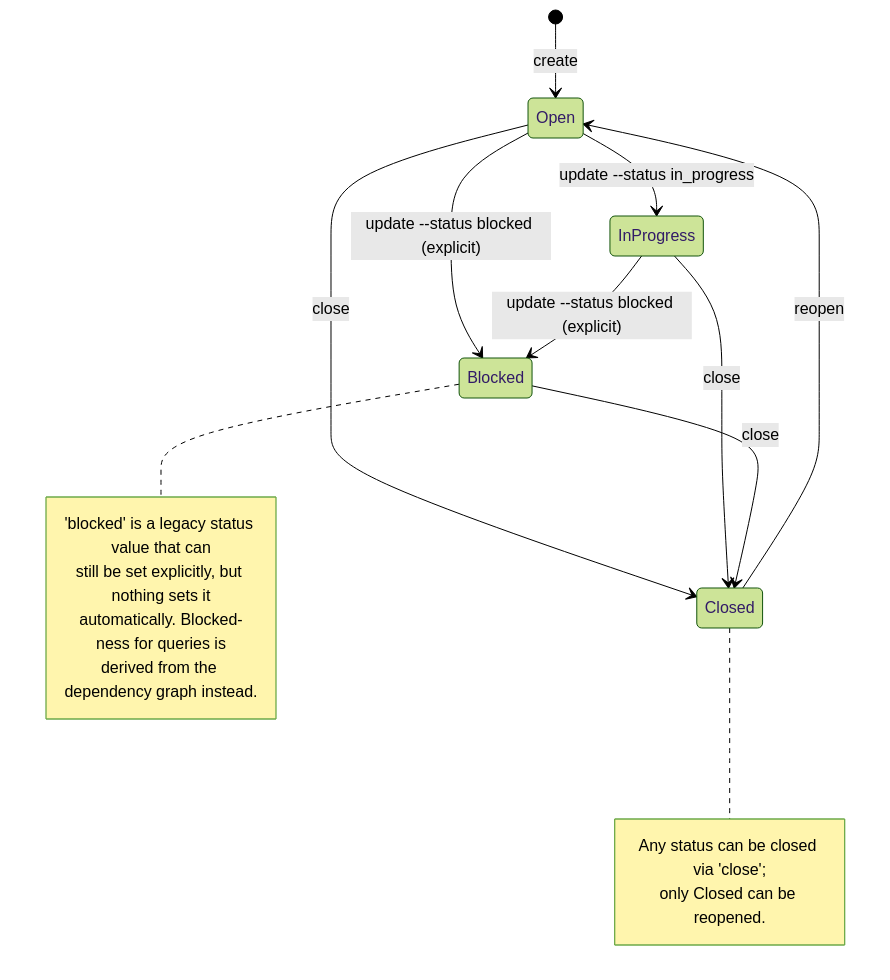
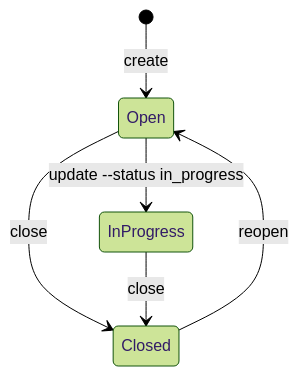
One commit to dwalleck/rivets changed diagram 11 of 12 in docs/data-flow.md. Above: the diagram before and after it, drawn with Mermaid (forest theme). The commit also changed other lines of this file and 26 other files, not shown here.

````diff
--- a/docs/data-flow.md
+++ b/docs/data-flow.md
@@ -435,23 +417,8 @@
 ```mermaid
 stateDiagram-v2
     [*] --> Open: create
     Open --> InProgress: update --status in_progress
-    Open --> Blocked: update --status blocked (explicit)
-    InProgress --> Blocked: update --status blocked (explicit)
     Open --> Closed: close
     InProgress --> Closed: close
-    Blocked --> Closed: close
     Closed --> Open: reopen
-
-    note right of Blocked
-        'blocked' is a legacy status value that can
-        still be set explicitly, but nothing sets it
-        automatically. Blocked-ness for queries is
-        derived from the dependency graph instead.
-    end note
-
-    note right of Closed
-        Any status can be closed via 'close';
-        only Closed can be reopened.
-    end note
 ```
````
